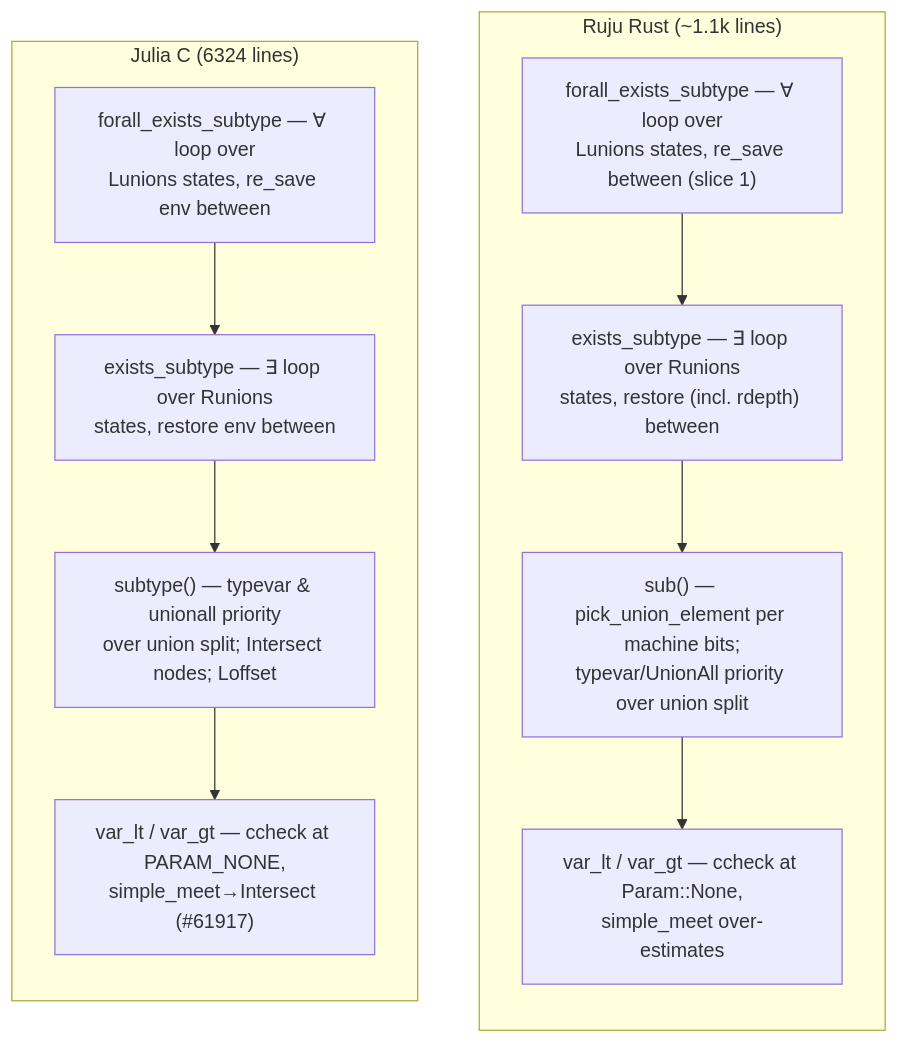
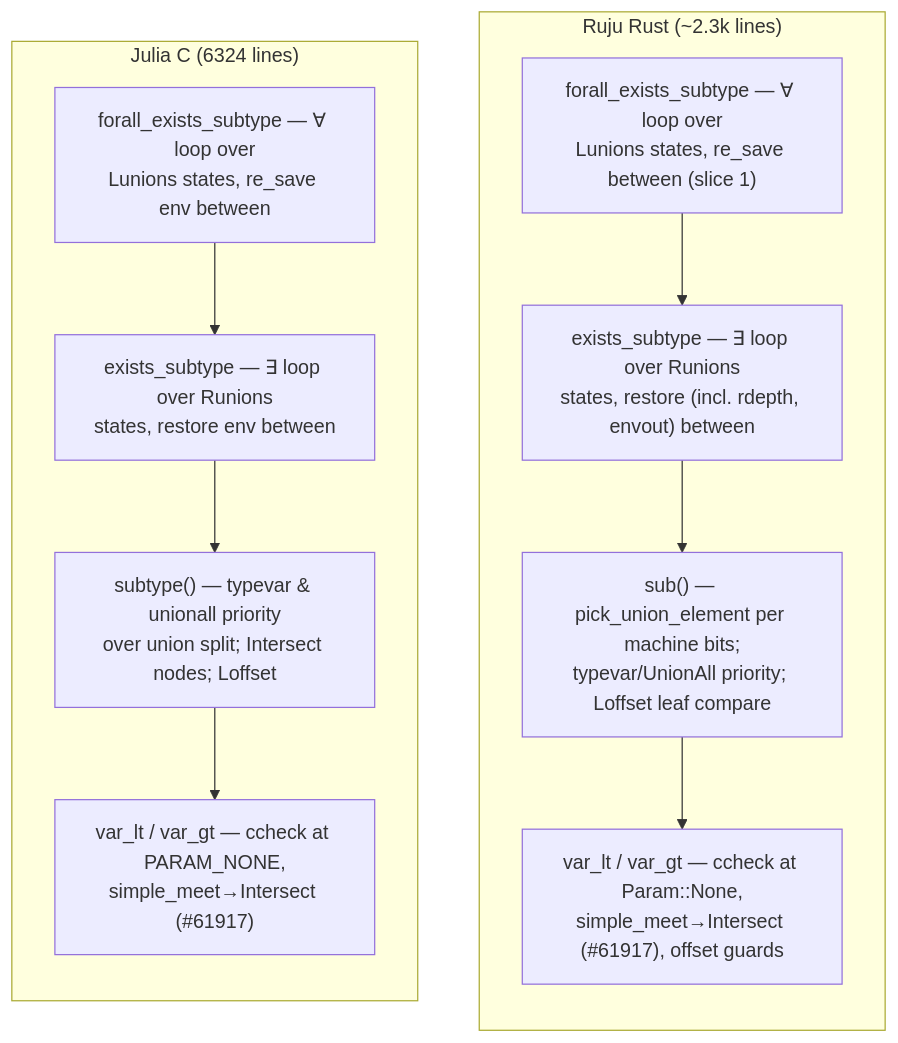
One commit to andy-emerson/Ruju changed the fifth of 8 diagrams in design/implementation.md. Above: the diagram before and after it, drawn with Mermaid. The commit also changed other lines of this file and 4 other files, not shown here.

````diff
--- a/design/implementation.md
+++ b/design/implementation.md
@@ -318,20 +321,20 @@
 ```mermaid
 flowchart LR
     subgraph C["Julia C (6324 lines)"]
         direction TB
         CF["forall_exists_subtype — ∀ loop over<br/>Lunions states, re_save env between"]
         CE["exists_subtype — ∃ loop over Runions<br/>states, restore env between"]
         CSUB["subtype() — typevar & unionall priority<br/>over union split; Intersect nodes; Loffset"]
         CV["var_lt / var_gt — ccheck at PARAM_NONE,<br/>simple_meet→Intersect (#61917)"]
         CF --> CE --> CSUB --> CV
     end
-    subgraph R["Ruju Rust (~1.1k lines)"]
+    subgraph R["Ruju Rust (~2.3k lines)"]
         direction TB
         RF["forall_exists_subtype — ∀ loop over<br/>Lunions states, re_save between (slice 1)"]
-        RE["exists_subtype — ∃ loop over Runions<br/>states, restore (incl. rdepth) between"]
-        RSUB["sub() — pick_union_element per machine bits;<br/>typevar/UnionAll priority over union split"]
-        RV["var_lt / var_gt — ccheck at Param::None,<br/>simple_meet over-estimates"]
+        RE["exists_subtype — ∃ loop over Runions<br/>states, restore (incl. rdepth, envout) between"]
+        RSUB["sub() — pick_union_element per machine bits;<br/>typevar/UnionAll priority; Loffset leaf compare"]
+        RV["var_lt / var_gt — ccheck at Param::None,<br/>simple_meet→Intersect (#61917), offset guards"]
         RF --> RE --> RSUB --> RV
     end
     C ~~~ R
 ```
````
